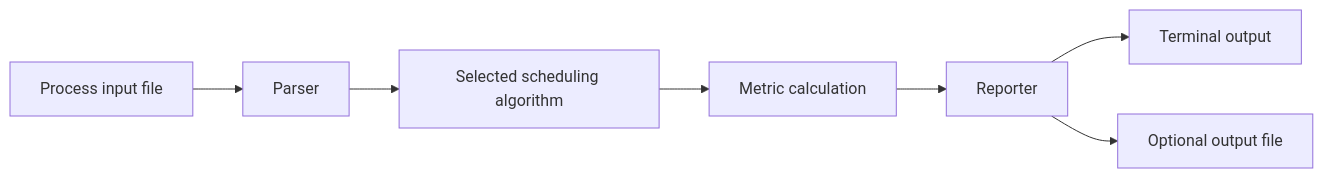
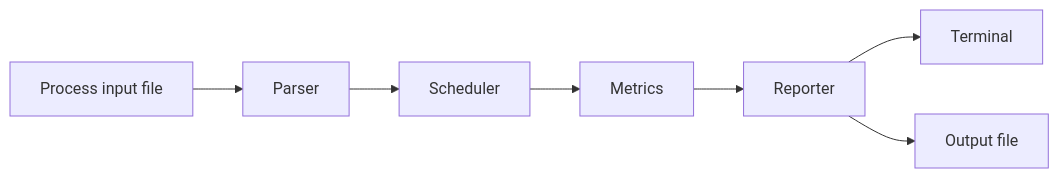
One commit to MerveilleDivine/cpu-scheduler-simulator changed the diagram in README.md. Above: the diagram before and after it, drawn with Mermaid. The commit also changed other lines of this file, not shown here.

````diff
--- a/README.md
+++ b/README.md
@@ -39,9 +41,9 @@
 ```mermaid
 flowchart LR
     A[Process input file] --> B[Parser]
-    B --> C[Selected scheduling algorithm]
-    C --> D[Metric calculation]
+    B --> C[Scheduler]
+    C --> D[Metrics]
     D --> E[Reporter]
-    E --> F[Terminal output]
-    E --> G[Optional output file]
+    E --> F[Terminal]
+    E --> G[Output file]
 ```
````
